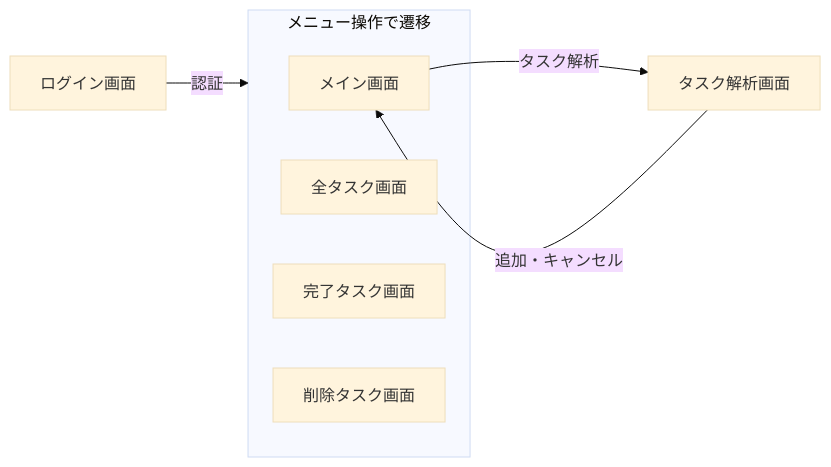
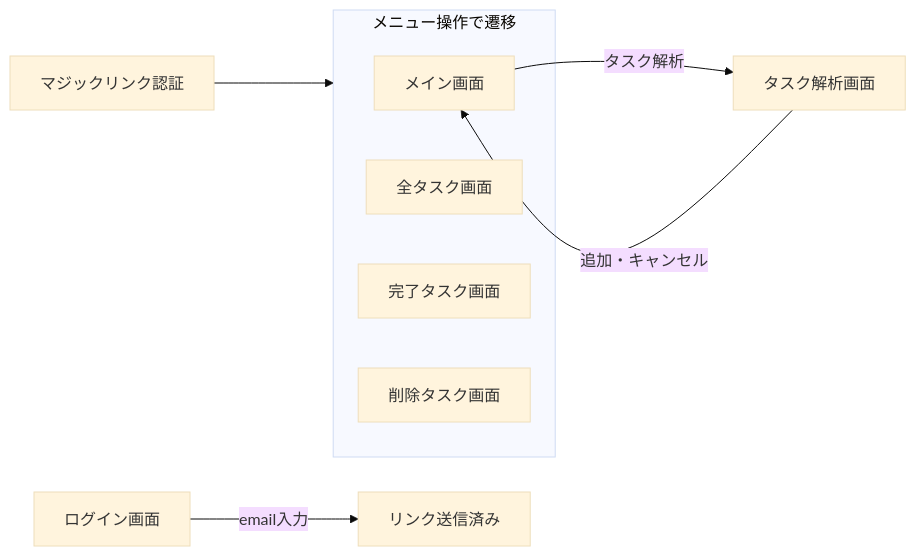
One commit to osawa-naotaka/vanishtodo changed the diagram in doc/03_REQUIREMENTS_SPEC.md. Above: the diagram before and after it, drawn with Mermaid (base theme). The commit also changed other lines of this file and 7 other files, not shown here.

````diff
--- a/doc/03_REQUIREMENTS_SPEC.md
+++ b/doc/03_REQUIREMENTS_SPEC.md
@@ -68,14 +69,16 @@
 ```mermaid
 graph LR
-   ログイン画面--認証-->メニュー操作で遷移
+   ログイン画面--email入力-->リンク送信済み
+   
+   マジックリンク認証-->メニュー操作で遷移
 
    subgraph メニュー操作で遷移
       メイン画面
       全タスク画面
       完了タスク画面
       削除タスク画面
    end
 
    メイン画面--タスク解析-->タスク解析画面
    タスク解析画面--追加・キャンセル-->メイン画面
 ```
````
